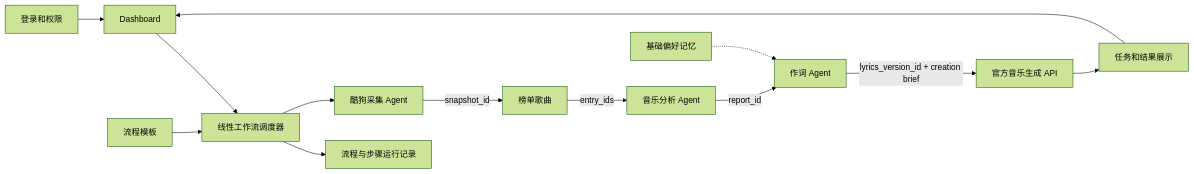
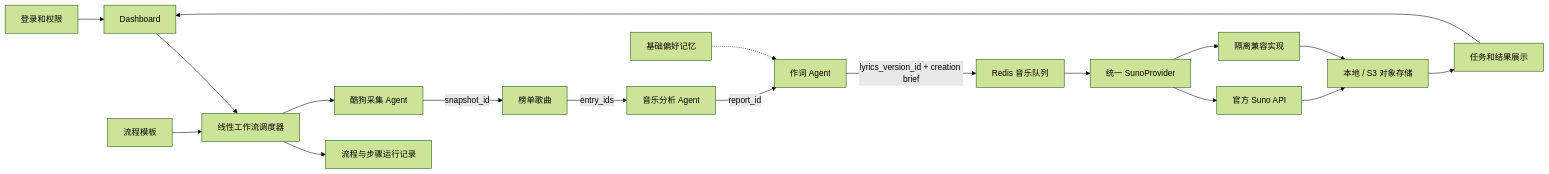
The tenth of 10 diagrams in projects/blue-music-platform/项目知识图谱.md (sunjiaxing520/SunJX), drawn with Mermaid (forest theme) before and after one commit. The commit also changed other lines of this file and 31 other files, not shown here.

Commit message:
Add durable switchable Suno provider

````diff
--- a/projects/blue-music-platform/项目知识图谱.md
+++ b/projects/blue-music-platform/项目知识图谱.md
@@ -236,27 +237,36 @@
 ```mermaid
 flowchart LR
     Login["登录和权限"]
     Dashboard["Dashboard"]
     Workflow["线性工作流调度器"]
     Template["流程模板"]
     Run["流程与步骤运行记录"]
     Crawler["酷狗采集 Agent"]
     Songs["榜单歌曲"]
     Analysis["音乐分析 Agent"]
     Lyrics["作词 Agent"]
     Memory["基础偏好记忆"]
-    MusicProvider["官方音乐生成 API"]
+    MusicQueue["Redis 音乐队列"]
+    MusicProvider["统一 SunoProvider"]
+    Official["官方 Suno API"]
+    Compat["隔离兼容实现"]
+    Storage["本地 / S3 对象存储"]
     Results["任务和结果展示"]
 
     Login --> Dashboard
     Dashboard --> Workflow
     Template --> Workflow --> Run
     Workflow --> Crawler
     Crawler -->|snapshot_id| Songs
     Songs -->|entry_ids| Analysis
     Analysis -->|report_id| Lyrics
     Memory -.-> Lyrics
-    Lyrics -->|lyrics_version_id + creation brief| MusicProvider
-    MusicProvider --> Results
+    Lyrics -->|lyrics_version_id + creation brief| MusicQueue
+    MusicQueue --> MusicProvider
+    MusicProvider --> Official
+    MusicProvider --> Compat
+    Official --> Storage
+    Compat --> Storage
+    Storage --> Results
     Results --> Dashboard
 ```
````
